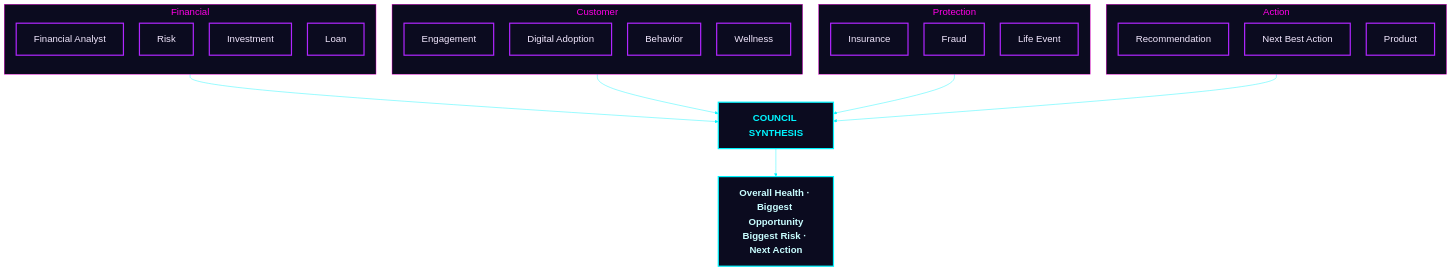
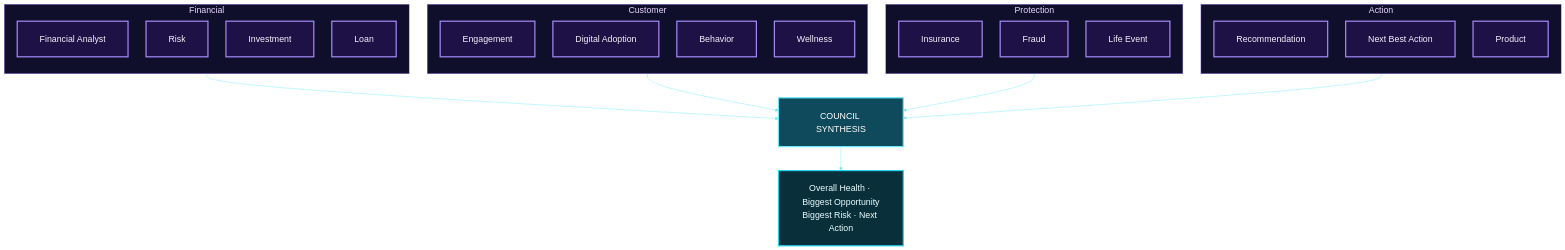
Before and after one commit to Mansi232323/MANSHORA: the eighth of 13 diagrams in README.md, drawn with Mermaid. The commit also changed other lines of this file, not shown here.

````diff
--- a/README.md
+++ b/README.md
@@ -274,42 +279,42 @@
 ```mermaid
-%%{init: {'theme':'base','themeVariables':{'fontSize':'24px','lineColor':'#00f5ff','clusterBkg':'#0b0b1f','clusterBorder':'#ff00e5','titleColor':'#ff00e5','edgeLabelBackground':'#0b0b1f'},'flowchart':{'nodeSpacing':40,'rankSpacing':70,'padding':22,'htmlLabels':true}}}%%
+%%{init: {'theme':'base','themeVariables':{'fontSize':'22px','fontFamily':'Arial, Helvetica, sans-serif','lineColor':'#67e8f9','clusterBkg':'#0f0f2b','clusterBorder':'#a78bfa','titleColor':'#e9d5ff','edgeLabelBackground':'#0f0f2b'},'flowchart':{'nodeSpacing':45,'rankSpacing':60,'padding':28,'htmlLabels':false,'useMaxWidth':true}}}%%
 flowchart TB
     subgraph G1["Financial"]
         direction TB
         a1["Financial Analyst"]
         a2["Risk"]
         a3["Investment"]
         a4["Loan"]
     end
     subgraph G2["Customer"]
         direction TB
         a5["Engagement"]
         a6["Digital Adoption"]
         a7["Behavior"]
         a8["Wellness"]
     end
     subgraph G3["Protection"]
         direction TB
         a9["Insurance"]
         a10["Fraud"]
         a11["Life Event"]
     end
     subgraph G4["Action"]
         direction TB
         a12["Recommendation"]
         a13["Next Best Action"]
         a14["Product"]
     end
     G1 --> S
     G2 --> S
     G3 --> S
     G4 --> S
-    S["<b>COUNCIL SYNTHESIS</b>"]
-    S --> R["<b>Overall Health · Biggest Opportunity<br/>Biggest Risk · Next Action</b>"]
-    classDef agent fill:#0b0b1f,stroke:#b026ff,stroke-width:3px,color:#f3e8ff
-    classDef core fill:#0b0b1f,stroke:#00f5ff,stroke-width:3px,color:#00f5ff
-    classDef out fill:#0b0b1f,stroke:#00f5ff,stroke-width:3px,color:#c9fdff
+    S["COUNCIL SYNTHESIS"]
+    S --> R["Overall Health · Biggest Opportunity<br/>Biggest Risk · Next Action"]
+    classDef agent fill:#1e1145,stroke:#a78bfa,stroke-width:3px,color:#f5f3ff
+    classDef core fill:#0e4a5c,stroke:#67e8f9,stroke-width:3px,color:#ffffff
+    classDef out fill:#082f3a,stroke:#22d3ee,stroke-width:3px,color:#ecfeff
     class a1,a2,a3,a4,a5,a6,a7,a8,a9,a10,a11,a12,a13,a14 agent
     class S core
     class R out
 ```
````
